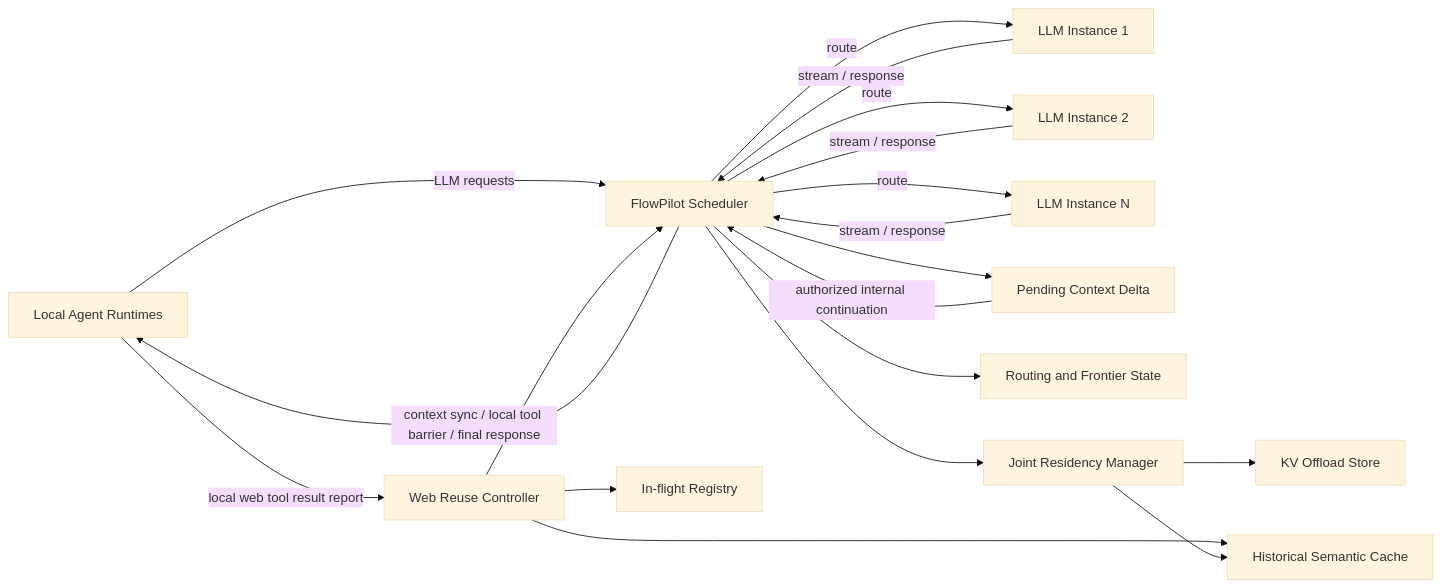
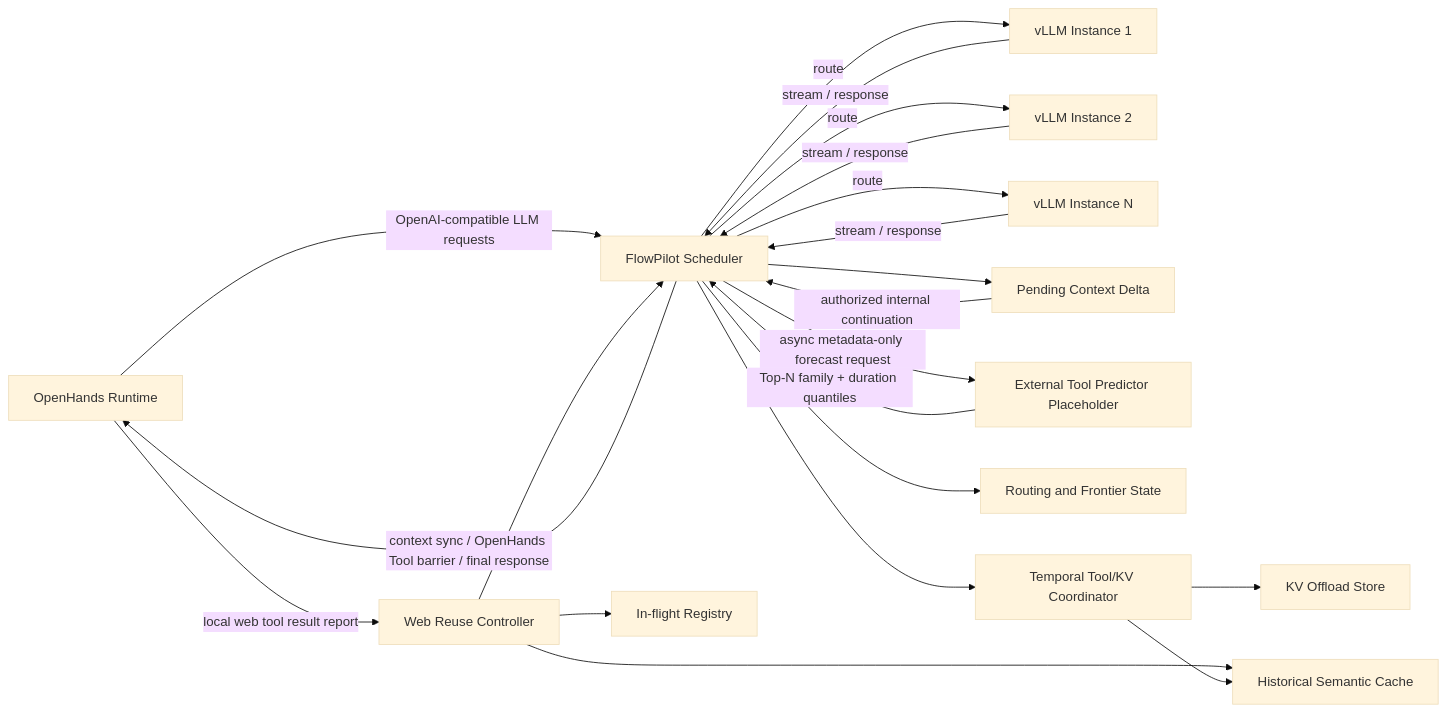
Before and after one commit to MYST000/flowpilot: the first of 2 diagrams in design.md, drawn with Mermaid (base theme). The commit also changed other lines of this file and 22 other files, not shown here.

````diff
--- a/design.md
+++ b/design.md
@@ -197,24 +181,27 @@
 ```mermaid
 flowchart LR
-    A["Local Agent Runtimes"] -->|"LLM requests"| S["FlowPilot Scheduler"]
-    S -->|"route"| L1["LLM Instance 1"]
-    S -->|"route"| L2["LLM Instance 2"]
-    S -->|"route"| LN["LLM Instance N"]
+    A["OpenHands Runtime"] -->|"OpenAI-compatible LLM requests"| S["FlowPilot Scheduler"]
+    S -->|"route"| L1["vLLM Instance 1"]
+    S -->|"route"| L2["vLLM Instance 2"]
+    S -->|"route"| LN["vLLM Instance N"]
     L1 -->|"stream / response"| S
     L2 -->|"stream / response"| S
     LN -->|"stream / response"| S
-    S -->|"context sync / local tool barrier / final response"| A
+    S -->|"context sync / OpenHands Tool barrier / final response"| A
 
     A -->|"local web tool result report"| W["Web Reuse Controller"]
     W --> H["Historical Semantic Cache"]
     W --> F["In-flight Registry"]
     W --> S
 
     S --> D["Pending Context Delta"]
     D -->|"authorized internal continuation"| S
 
+    S -->|"async metadata-only forecast request"| P["External Tool Predictor Placeholder"]
+    P -->|"Top-N family + duration quantiles"| S
+
     S --> R["Routing and Frontier State"]
-    S --> M["Joint Residency Manager"]
+    S --> M["Temporal Tool/KV Coordinator"]
     M --> K["KV Offload Store"]
     M --> H
 ```
````
